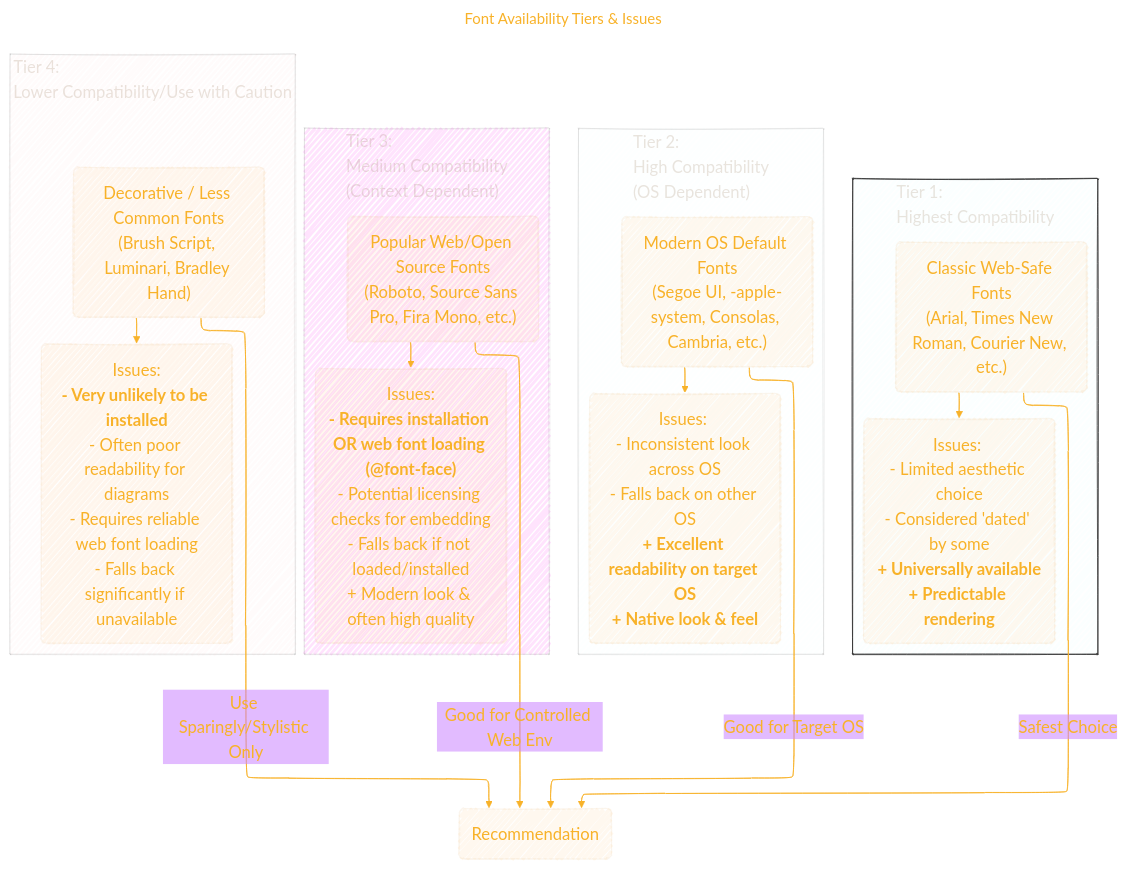
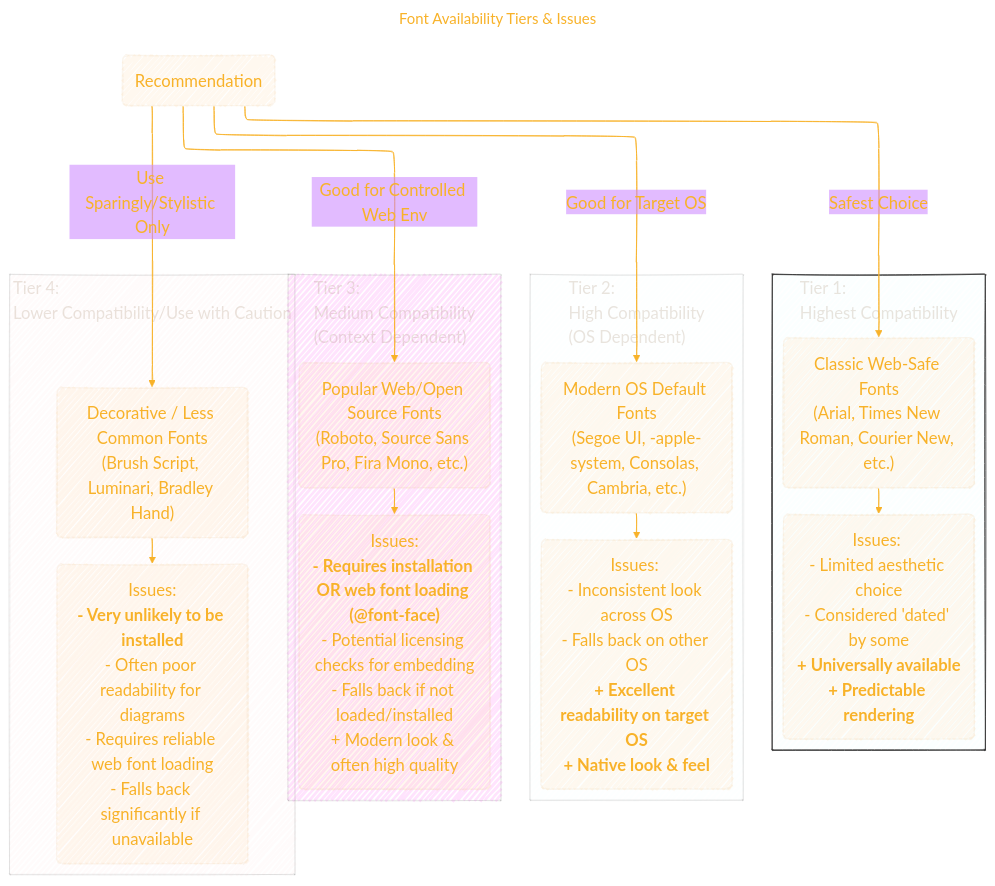
One commit to CongLeSolutionX/ArchExplorer changed the third of 3 diagrams in MERMAID_JS/Web_Font_Guide/Web_Font_Guide.md. Above: the diagram before and after it, drawn with Mermaid.

````diff
--- a/MERMAID_JS/Web_Font_Guide/Web_Font_Guide.md
+++ b/MERMAID_JS/Web_Font_Guide/Web_Font_Guide.md
@@ -207,63 +207,63 @@
 ```mermaid
 ---
 title: "Font Availability Tiers & Issues"
 author: "Cong Le"
 version: "1.0"
 license(s): "MIT, CC BY 4.0"
 copyright: "Copyright (c) 2025 Cong Le. All Rights Reserved."
 config:
   layout: elk
   look: handDrawn
   theme: base
 ---
 %%%%%%%% Mermaid version v11.4.1-b.14
 %%%%%%%% Toggle theme value to `base` to activate the initilization below for the customized theme version.
 %%%%%%%% Available curve styles include the following keywords:
 %% basis, bumpX, bumpY, cardinal, catmullRom, linear, monotoneX, monotoneY, natural, step, stepAfter, stepBefore.
 %%{
   init: {
     'flowchart': {'htmlLabels': true, 'curve': 'basis' },
     'fontFamily': 'monospace',
     'themeVariables': {
       'primaryColor': '#FC82',
       'primaryTextColor': '#F8B229',
       'lineColor': '#F8B229',
       'fontSize': '20px'
     }
   }
 }%%
 graph TD
     subgraph Tier1["Tier 1:<br>Highest Compatibility"]
         style Tier1 fill:#dff2,stroke:#333,stroke-width:1px
         T1_Node("Classic Web-Safe Fonts<br>(Arial, Times New Roman, Courier New, etc.)")
         T1_Desc("Issues: <br/>- Limited aesthetic choice<br/>- Considered 'dated' by some<br/><b>+ Universally available</b><br/><b>+ Predictable rendering</b>")
         T1_Node --> T1_Desc
     end
 
     subgraph Tier2["Tier 2:<br>High Compatibility<br>(OS Dependent)"]
         style Tier2 fill:#eff2,stroke:#333,stroke-width:0.1px
         T2_Node("Modern OS Default Fonts<br>(Segoe UI, -apple-system, Consolas, Cambria, etc.)")
         T2_Desc("Issues: <br/>- Inconsistent look across OS<br/>- Falls back on other OS<br/><b>+ Excellent readability on target OS</b><br/><b>+ Native look & feel</b>")
         T2_Node --> T2_Desc
     end
 
     subgraph Tier3["Tier 3:<br>Medium Compatibility<br>(Context Dependent)"]
         style Tier3 fill:#f3e2,stroke:#333,stroke-width:0.1px
        T3_Node("Popular Web/Open Source Fonts<br>(Roboto, Source Sans Pro, Fira Mono, etc.)")
        T3_Desc("Issues:<br/><b>- Requires installation OR web font loading (@font-face)</b><br/>- Potential licensing checks for embedding<br/>- Falls back if not loaded/installed<br/>+ Modern look & often high quality")
        T3_Node --> T3_Desc
     end
 
      subgraph Tier4["Tier 4:<br>Lower Compatibility/Use with Caution"]
         style Tier4 fill:#fdd2,stroke:#333,stroke-width:0.1px
         T4_Node("Decorative / Less Common Fonts<br>(Brush Script, Luminari, Bradley Hand)")
         T4_Desc("Issues:<br/><b>- Very unlikely to be installed</b><br/>- Often poor readability for diagrams<br/>- Requires reliable web font loading<br/>- Falls back significantly if unavailable")
         T4_Node --> T4_Desc
     end
 
-    T1_Node -- Safest Choice --> Recommendation("Recommendation")
-    T2_Node -- Good for Target OS --> Recommendation
-    T3_Node -- Good for Controlled Web Env --> Recommendation
-    T4_Node -- Use Sparingly/Stylistic Only --> Recommendation
+	Recommendation("Recommendation") -- Safest Choice --> T1_Node
+	Recommendation -- Good for Target OS --> T2_Node
+	Recommendation -- Good for Controlled Web Env --> T3_Node
+	Recommendation -- Use Sparingly/Stylistic Only --> T4_Node
 
 ```
````
